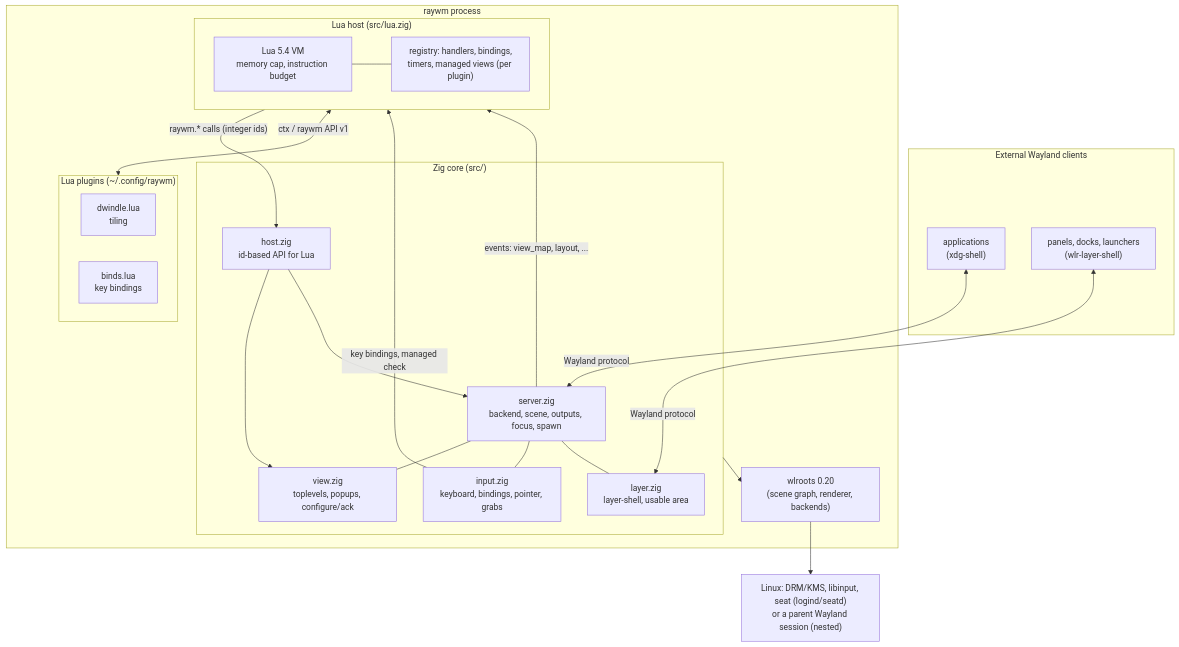
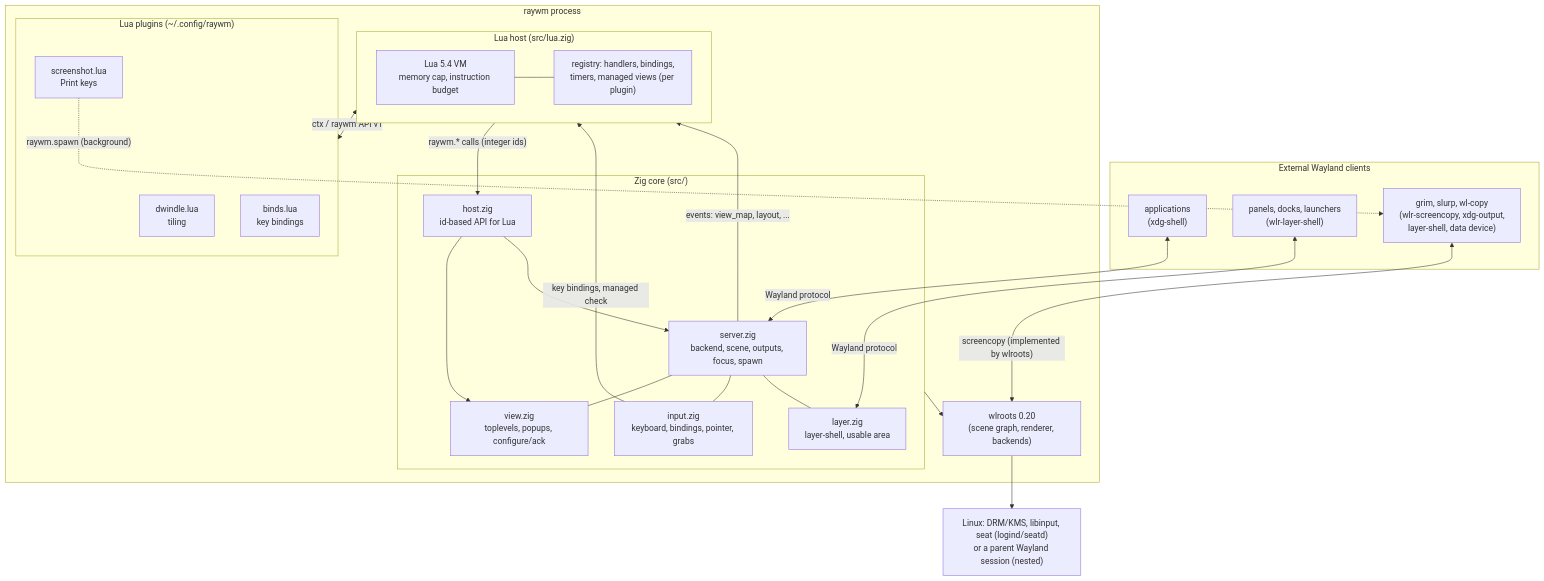
One commit to Rreeqqwel/RayWM changed the diagram in docs/ARCHITECTURE.md. Above: the diagram before and after it, drawn with Mermaid. The commit also changed other lines of this file and 12 other files, not shown here.

````diff
--- a/docs/ARCHITECTURE.md
+++ b/docs/ARCHITECTURE.md
@@ -8,39 +8,43 @@
 ```mermaid
 flowchart TB
     subgraph clients["External Wayland clients"]
         apps["applications<br/>(xdg-shell)"]
         panels["panels, docks, launchers<br/>(wlr-layer-shell)"]
+        tools["grim, slurp, wl-copy<br/>(wlr-screencopy, xdg-output,<br/>layer-shell, data device)"]
     end
 
     subgraph raywm["raywm process"]
         subgraph core["Zig core (src/)"]
             server["server.zig<br/>backend, scene, outputs, focus, spawn"]
             view["view.zig<br/>toplevels, popups, configure/ack"]
             input["input.zig<br/>keyboard, bindings, pointer, grabs"]
             layer["layer.zig<br/>layer-shell, usable area"]
             hostz["host.zig<br/>id-based API for Lua"]
         end
         subgraph luahost["Lua host (src/lua.zig)"]
             vm["Lua 5.4 VM<br/>memory cap, instruction budget"]
             reg["registry: handlers, bindings,<br/>timers, managed views (per plugin)"]
         end
         subgraph plugins["Lua plugins (~/.config/raywm)"]
             dwindle["dwindle.lua<br/>tiling"]
             binds["binds.lua<br/>key bindings"]
+            shot["screenshot.lua<br/>Print keys"]
         end
         wlroots["wlroots 0.20<br/>(scene graph, renderer, backends)"]
     end
 
     kernel["Linux: DRM/KMS, libinput, seat (logind/seatd)<br/>or a parent Wayland session (nested)"]
 
     apps <-->|Wayland protocol| server
     panels <-->|Wayland protocol| layer
     server --- view & input & layer
     core --> wlroots --> kernel
     server -->|events: view_map, layout, ...| luahost
     input -->|key bindings, managed check| luahost
     luahost -->|"raywm.* calls (integer ids)"| hostz
     hostz --> view & server
     vm --- reg
     luahost <-->|ctx / raywm API v1| plugins
+    shot -.->|"raywm.spawn (background)"| tools
+    tools <-->|"screencopy (implemented by wlroots)"| wlroots
 ```
````
